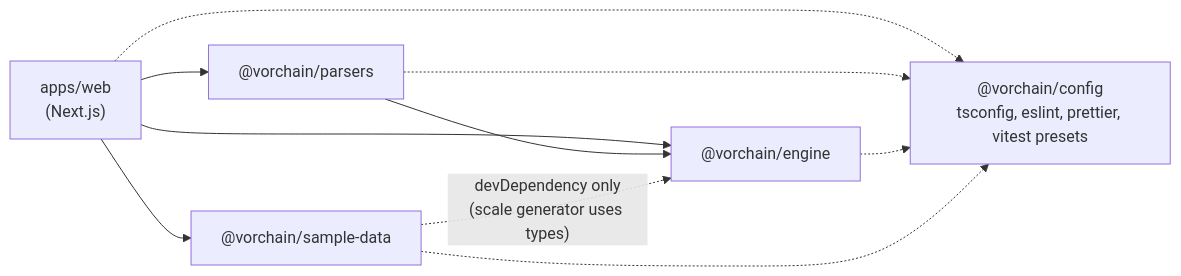
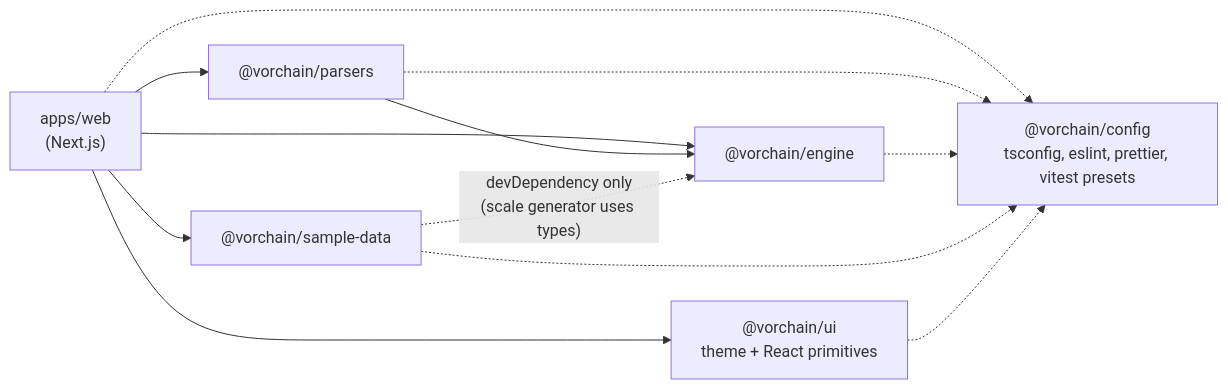
The fourth of 10 diagrams in docs/architecture/README.md (Sodabeh-Taherpanah/vorchain_project), drawn with Mermaid before and after one commit. The commit also changed other lines of this file and 55 other files, not shown here.

````diff
--- a/docs/architecture/README.md
+++ b/docs/architecture/README.md
@@ -97,13 +97,15 @@
 ```mermaid
 flowchart LR
   web["apps/web<br/>(Next.js)"] --> parsers["@vorchain/parsers"]
   web --> engine["@vorchain/engine"]
   web --> sample["@vorchain/sample-data"]
+  web --> ui["@vorchain/ui<br/>theme + React primitives"]
   parsers --> engine
   sample -. "devDependency only<br/>(scale generator uses types)" .-> engine
   config["@vorchain/config<br/>tsconfig, eslint, prettier, vitest presets"]
   web -.-> config
   parsers -.-> config
   engine -.-> config
   sample -.-> config
+  ui -.-> config
 ```
````
